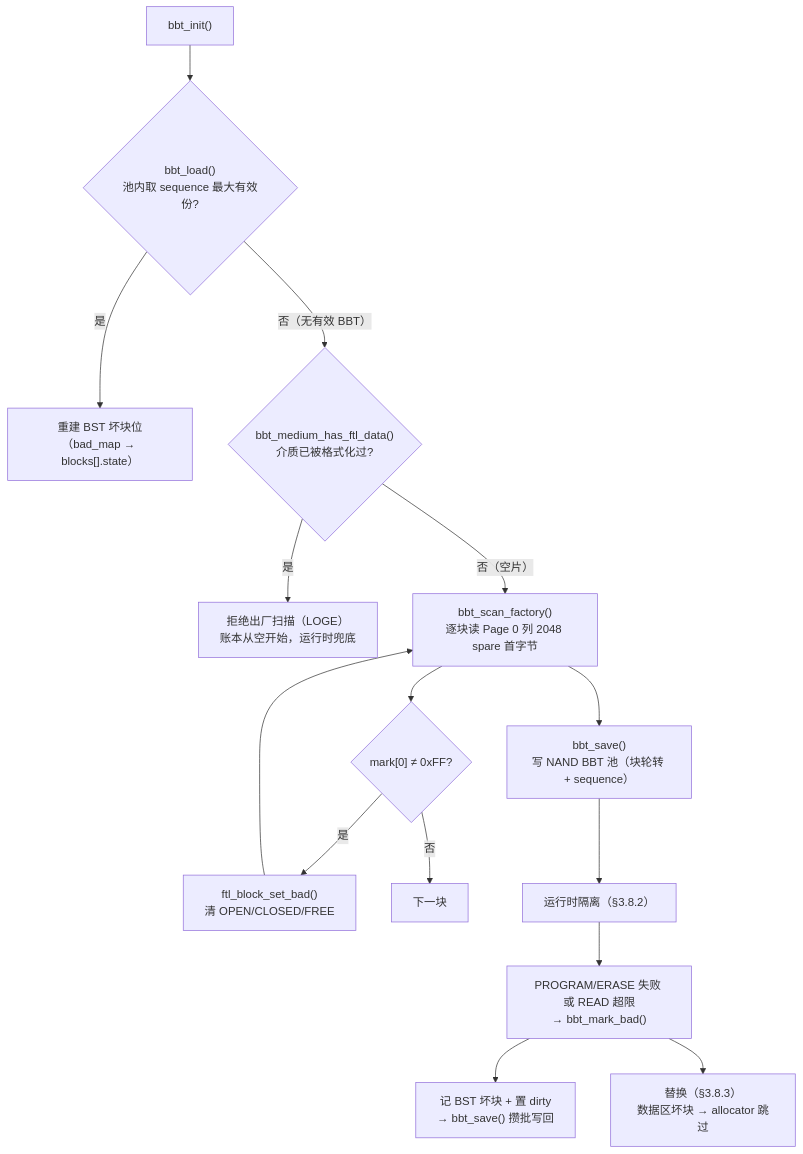
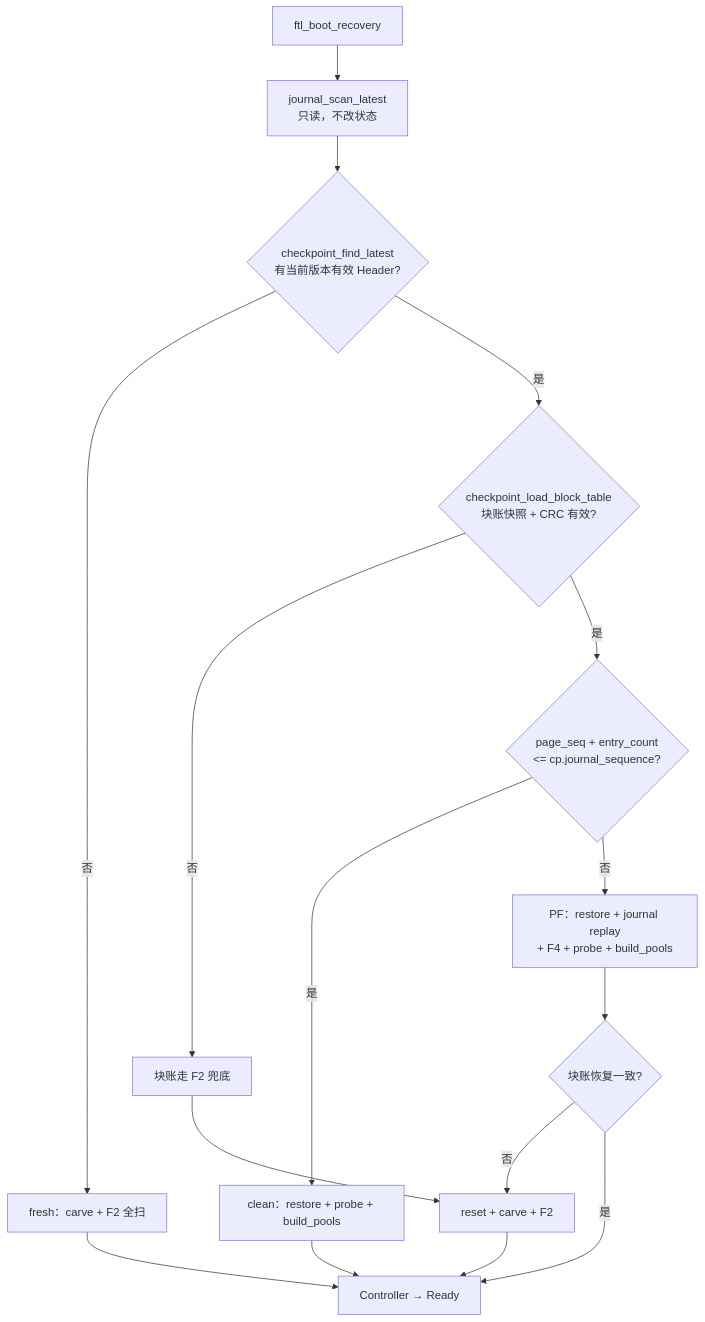
Before and after one commit to YzYMIAO/BASESSD: the second of 28 diagrams in docs/design/ftl_design.md, drawn with Mermaid. The commit also changed other lines of this file and 4 other files, not shown here.

````diff
--- a/docs/design/ftl_design.md
+++ b/docs/design/ftl_design.md
@@ -849,17 +526,18 @@
 ```mermaid
 flowchart TD
-    INIT["bbt_init()"] --> LOAD{"bbt_load()<br/>池内取 sequence 最大有效份?"}
-    LOAD -- 是 --> REBUILD["重建 BST 坏块位<br/>（bad_map → blocks[].state）"]
-    LOAD -- 否（无有效 BBT） --> USED{"bbt_medium_has_ftl_data()<br/>介质已被格式化过?"}
-    USED -- 是 --> REJECT["拒绝出厂扫描（LOGE）<br/>账本从空开始，运行时兜底"]
-    USED -- 否（空片） --> SCAN["bbt_scan_factory()<br/>逐块读 Page 0 列 2048 spare 首字节"]
-    SCAN --> PROBE{"mark[0] ≠ 0xFF?"}
-    PROBE -- 是 --> SETBAD["ftl_block_set_bad()<br/>清 OPEN/CLOSED/FREE"]
-    PROBE -- 否 --> NEXT["下一块"]
-    SETBAD --> SCAN
-    SCAN --> SAVE["bbt_save()<br/>写 NAND BBT 池（块轮转 + sequence）"]
-    SAVE --> RUN["运行时隔离（§3.8.2）"]
-    RUN --> MARK["PROGRAM/ERASE 失败 或 READ 超限<br/>→ bbt_mark_bad()"]
-    MARK --> DIRTY["记 BST 坏块 + 置 dirty<br/>→ bbt_save() 攒批写回"]
-    MARK --> REPLACE["替换（§3.8.3）<br/>数据区坏块 → allocator 跳过"]
+    BOOT["ftl_boot_recovery"] --> LATEST["journal_scan_latest<br/>只读，不改状态"]
+    LATEST --> FIND{"checkpoint_find_latest<br/>有当前版本有效 Header?"}
+    FIND -- "否" --> FRESH["fresh：carve + F2 全扫"]
+    FIND -- "是" --> LOAD{"checkpoint_load_block_table<br/>块账快照 + CRC 有效?"}
+    LOAD -- "否" --> PFALL["块账走 F2 兜底"]
+    LOAD -- "是" --> JUDGE{"page_seq + entry_count<br/><= cp.journal_sequence?"}
+    JUDGE -- "是" --> CLEAN["clean：restore + probe + build_pools"]
+    JUDGE -- "否" --> PF["PF：restore + journal replay<br/>+ F4 + probe + build_pools"]
+    PFALL --> F2["reset + carve + F2"]
+    PF --> PFOk{"块账恢复一致?"}
+    PFOk -- "否" --> F2
+    PFOk -- "是" --> READY["Controller → Ready"]
+    CLEAN --> READY
+    FRESH --> READY
+    F2 --> READY
 ```
````
